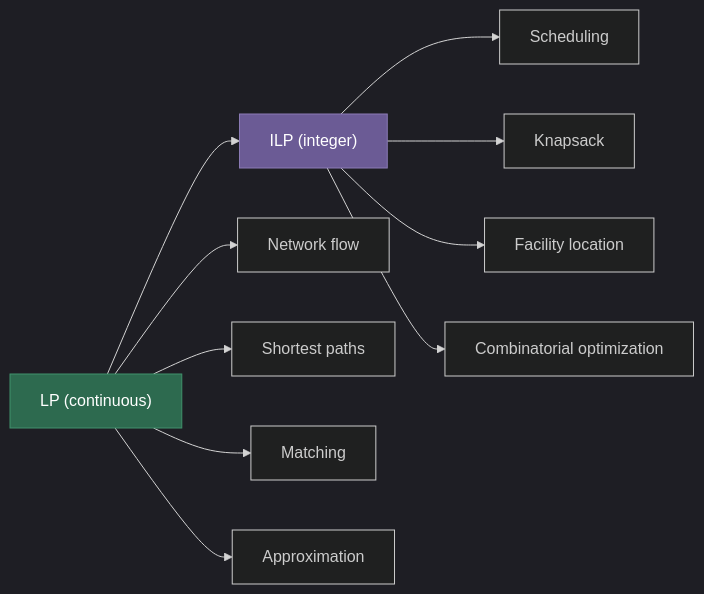
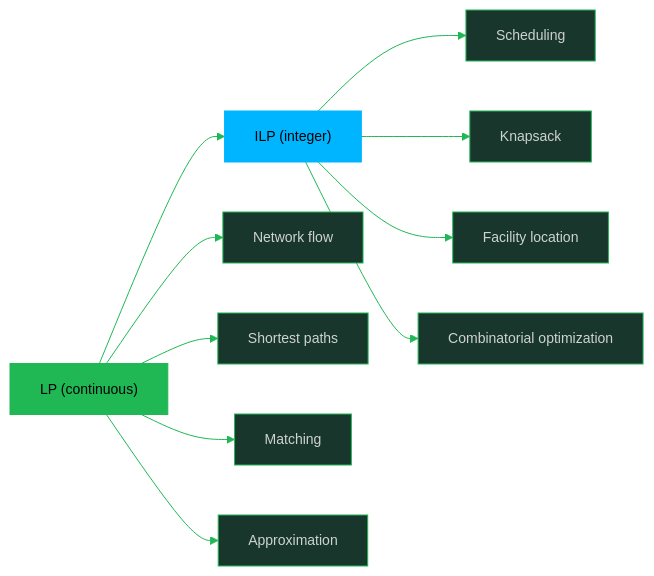
Before and after one commit to oat431/swe-knowledge: the diagram in computing-foundation-note/Algorithm_advance/02_Algorithms/29_Linear_Programming.md, drawn with Mermaid. The commit also changed other lines of this file and 139 other files, not shown here.

````diff
--- a/computing-foundation-note/Algorithm_advance/02_Algorithms/29_Linear_Programming.md
+++ b/computing-foundation-note/Algorithm_advance/02_Algorithms/29_Linear_Programming.md
@@ -416,21 +416,21 @@
 ```mermaid
-%%{init: {'theme':'dark'}}%%
+%%{init: {'theme':'base','themeVariables':{'primaryColor':'#19362D','primaryTextColor':'#CDD3D1','primaryBorderColor':'#1FB854','lineColor':'#1FB854','secondaryColor':'#161212','tertiaryColor':'#1B1717','background':'#1B1717','mainBkg':'#19362D','nodeBorder':'#1FB854','clusterBkg':'#161212','clusterBorder':'#19362D','titleColor':'#1FB854','edgeLabelBackground':'#161212','fontSize':'14px'}}}%%
 graph LR
     LP["LP (continuous)"]
     ILP["ILP (integer)"]
 
     LP --> ILP
 
     LP --> LP1["Network flow"]
     LP --> LP2["Shortest paths"]
     LP --> LP3["Matching"]
     LP --> LP4["Approximation"]
 
     ILP --> ILP1["Scheduling"]
     ILP --> ILP2["Knapsack"]
     ILP --> ILP3["Facility location"]
     ILP --> ILP4["Combinatorial optimization"]
 
-    style LP fill:#2d6a4f,stroke:#40916c,color:#fff
-    style ILP fill:#6b5b95,stroke:#8b7bb5,color:#fff
+    style LP fill:#1FB854,stroke:#1FB854,color:#000000
+    style ILP fill:#00B5FF,stroke:#00B5FF,color:#000000
 ```
````
